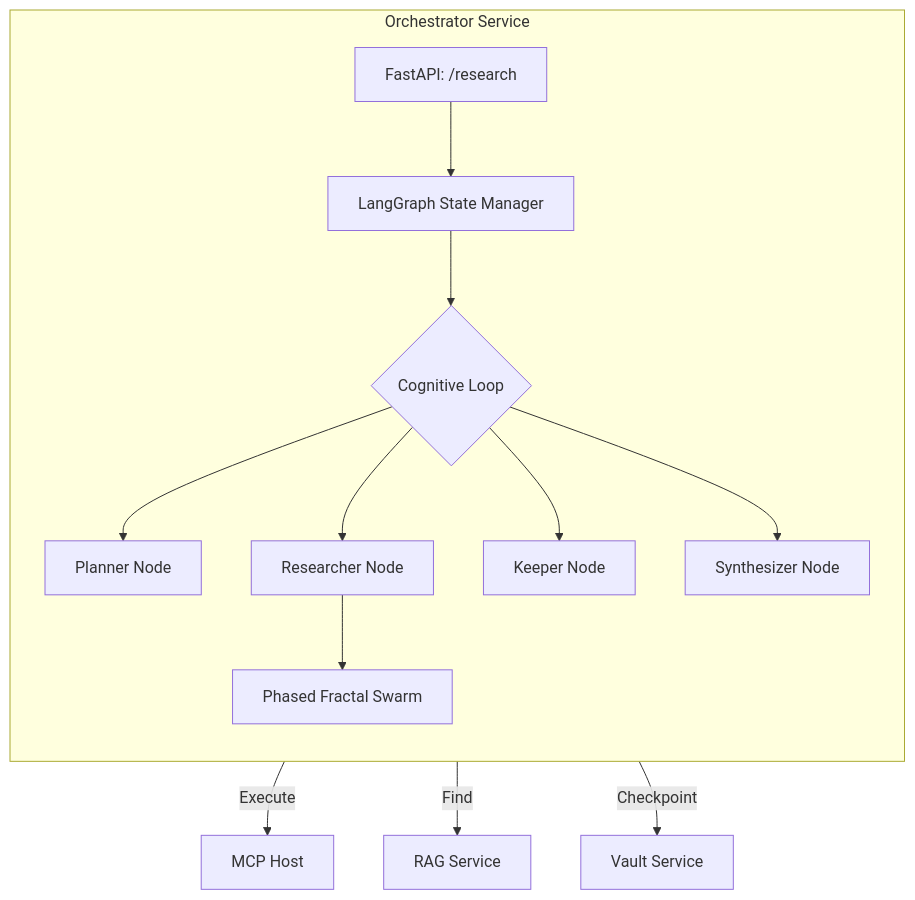
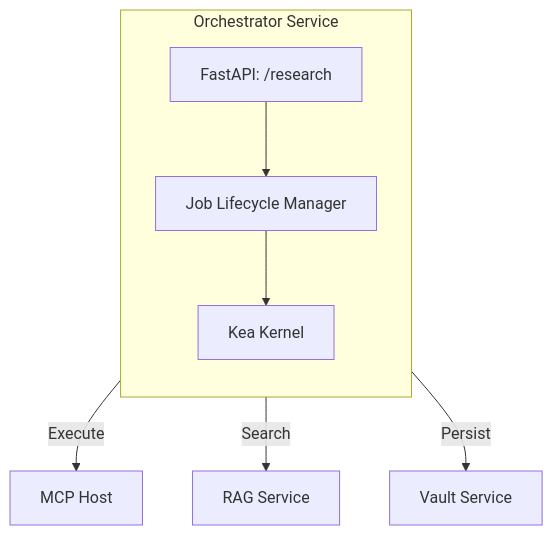
Before and after one commit to azzindani/Kea: the diagram in services/orchestrator/README.md, drawn with Mermaid. The commit also changed other lines of this file and 68 other files, not shown here.

````diff
--- a/services/orchestrator/README.md
+++ b/services/orchestrator/README.md
@@ -9,19 +12,12 @@
 ```mermaid
 graph TD
     subgraph Orchestrator [Orchestrator Service]
         direction TB
-        Main[FastAPI: /research] --> State[LangGraph State Manager]
-        State --> Loop{Cognitive Loop}
-        
-        Loop --> Planner[Planner Node]
-        Loop --> Researcher[Researcher Node]
-        Loop --> Keeper[Keeper Node]
-        Loop --> Synth[Synthesizer Node]
-        
-        Researcher --> Swarm[Phased Fractal Swarm]
+        Main[FastAPI: /research] --> JobMgr[Job Lifecycle Manager]
+        JobMgr --> Kernel[Kea Kernel]
     end
 
-    Swarm -->|Execute| MCP[MCP Host]
-    Planner -->|Find| RAG[RAG Service]
-    State -->|Checkpoint| Vault[Vault Service]
+    Kernel -->|Execute| MCP[MCP Host]
+    Kernel -->|Search| RAG[RAG Service]
+    JobMgr -->|Persist| Vault[Vault Service]
 ```
````
